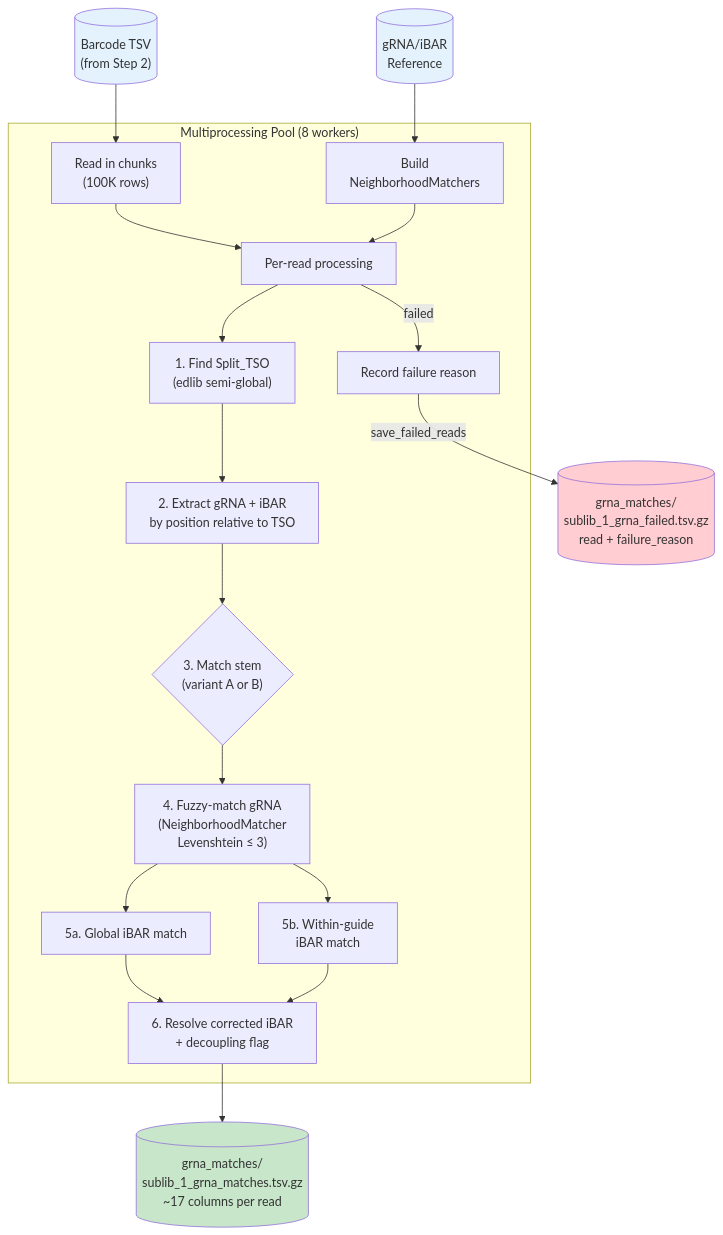
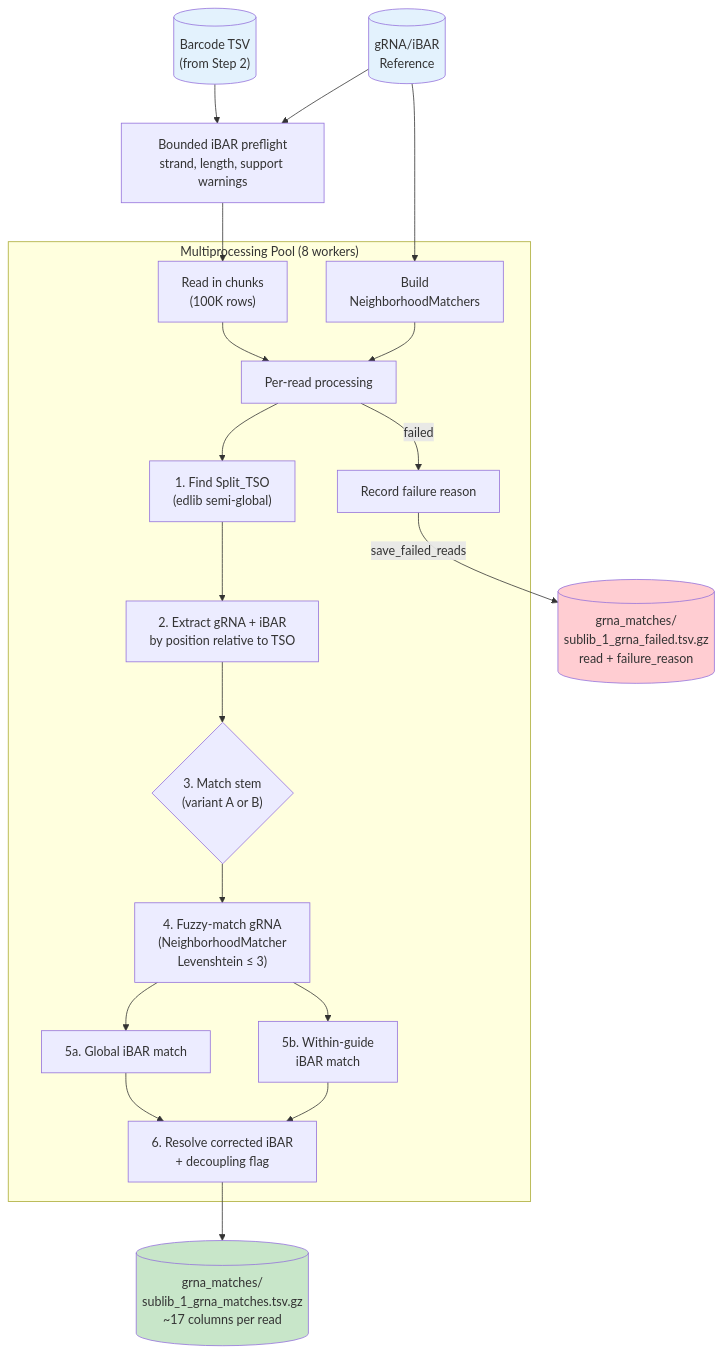
The fifth of 9 diagrams in docs/DETAILED_WORKFLOW.md (jhjiang2020/CSM_ccperturbseq), drawn with Mermaid before and after one commit. The commit also changed other lines of this file and 11 other files, not shown here.

Commit message:
feat: release v1.5 iBAR preflight and Step 3 scaling

````diff
--- a/docs/DETAILED_WORKFLOW.md
+++ b/docs/DETAILED_WORKFLOW.md
@@ -228,28 +238,30 @@
 ```mermaid
 flowchart TD
-    BC[("Barcode TSV<br>(from Step 2)")] --> CHUNK["Read in chunks<br>(100K rows)"]
+    BC[("Barcode TSV<br>(from Step 2)")] --> PREFLIGHT["Bounded iBAR preflight<br>strand, length, support warnings"]
+    PREFLIGHT --> CHUNK["Read in chunks<br>(100K rows)"]
+    REF --> PREFLIGHT
     REF[("gRNA/iBAR<br>Reference")] --> MATCHERS["Build<br>NeighborhoodMatchers"]
 
     subgraph WorkerPool["Multiprocessing Pool (8 workers)"]
         CHUNK --> ROWS["Per-read processing"]
         MATCHERS --> ROWS
 
         ROWS --> TSO["1. Find Split_TSO<br>(edlib semi-global)"]
         TSO --> EXTRACT["2. Extract gRNA + iBAR<br>by position relative to TSO"]
         EXTRACT --> STEM{"3. Match stem<br>(variant A or B)"}
         STEM --> GRNA["4. Fuzzy-match gRNA<br>(NeighborhoodMatcher<br>Levenshtein ≤ 3)"]
         GRNA --> IBAR_G["5a. Global iBAR match"]
         GRNA --> IBAR_W["5b. Within-guide<br>iBAR match"]
         IBAR_G --> RESOLVE["6. Resolve corrected iBAR<br>+ decoupling flag"]
         IBAR_W --> RESOLVE
         ROWS -->|failed| FAIL["Record failure reason"]
     end
 
     RESOLVE --> OUT[("grna_matches/<br>sublib_1_grna_matches.tsv.gz<br>~17 columns per read")]
     FAIL -->|save_failed_reads| FOUT[("grna_matches/<br>sublib_1_grna_failed.tsv.gz<br>read + failure_reason")]
 
     style BC fill:#e3f2fd
     style REF fill:#e3f2fd
     style OUT fill:#c8e6c9
     style FOUT fill:#ffcdd2
 ```
````
